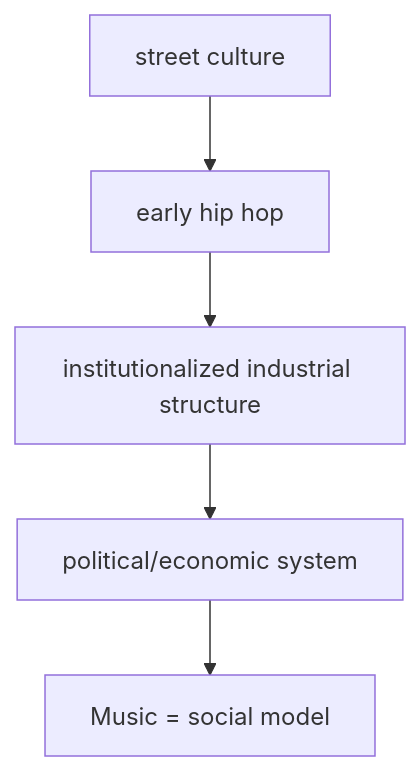
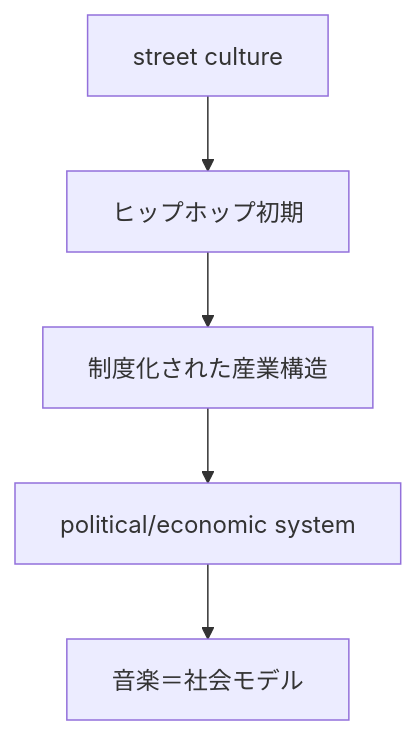
Before and after one commit to monumental-movement/monumental-movement.github.io: diagram 11 of 11 in en/_posts/2026-07-01-column-influential-album-03.md, drawn with Mermaid. The commit also changed other lines of this file and 2196 other files, not shown here.

```diff
--- a/en/_posts/2026-07-01-column-influential-album-03.md
+++ b/en/_posts/2026-07-01-column-influential-album-03.md
@@ -1164,11 +1162,11 @@
 <div class="mermaid">
 flowchart TD
 A[street culture]
-B[early hip hop]
-C[institutionalized industrial structure]
+B[ヒップホップ初期]
+C[制度化された産業構造]
 D[political/economic system]
-E[Music = social model]
+E[音楽＝社会モデル]
 
 A --> B --> C --> D --> E
 
 </div>
```
